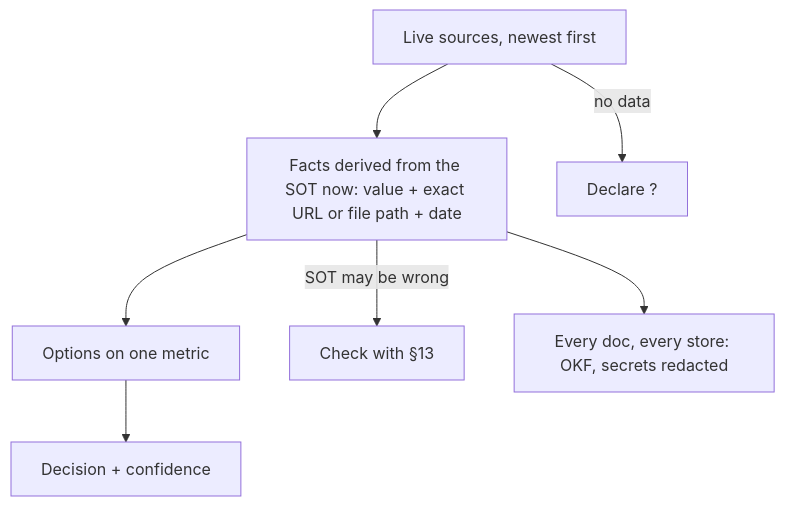
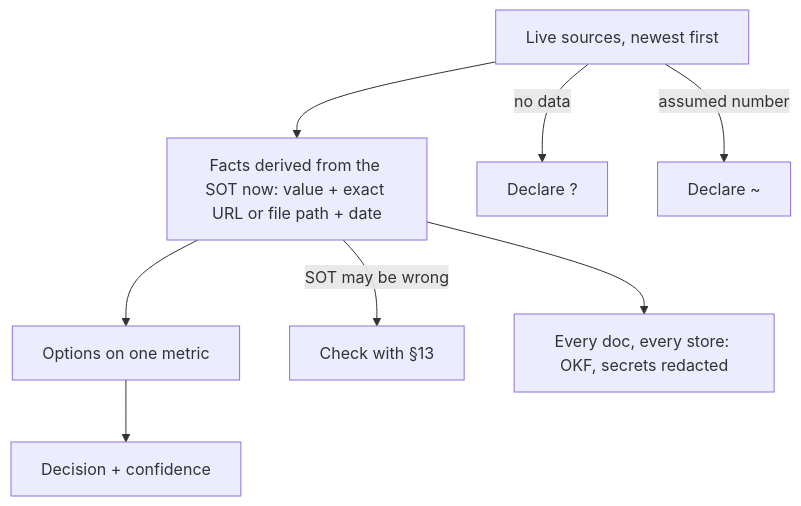
The sixth of 14 diagrams in AGENTS.md (SolenixAI/arbiter), drawn with Mermaid before and after one commit. The commit also changed other lines of this file, not shown here.

````diff
--- a/AGENTS.md
+++ b/AGENTS.md
@@ -255,8 +257,9 @@
 ```mermaid
 flowchart TD
   D[Live sources, newest first] --> E[Facts derived from the SOT now: value + exact URL or file path + date]
   E --> O[Options on one metric] --> C[Decision + confidence]
   D -->|no data| U["Declare ?"]
+  D -->|assumed number| U2["Declare ~"]
   E -->|SOT may be wrong| S13[Check with §13]
   E --> K[Every doc, every store: OKF, secrets redacted]
 ```
````
